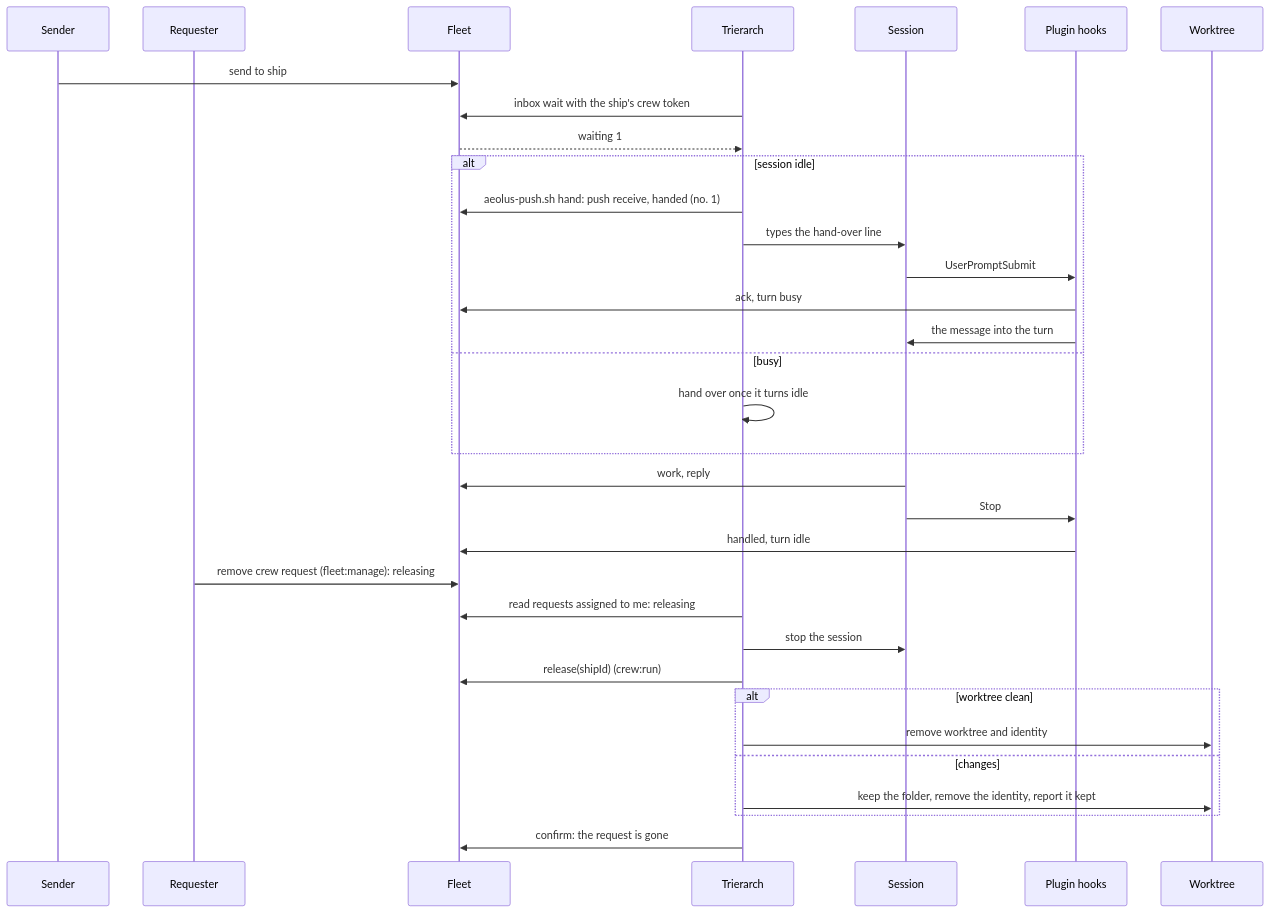
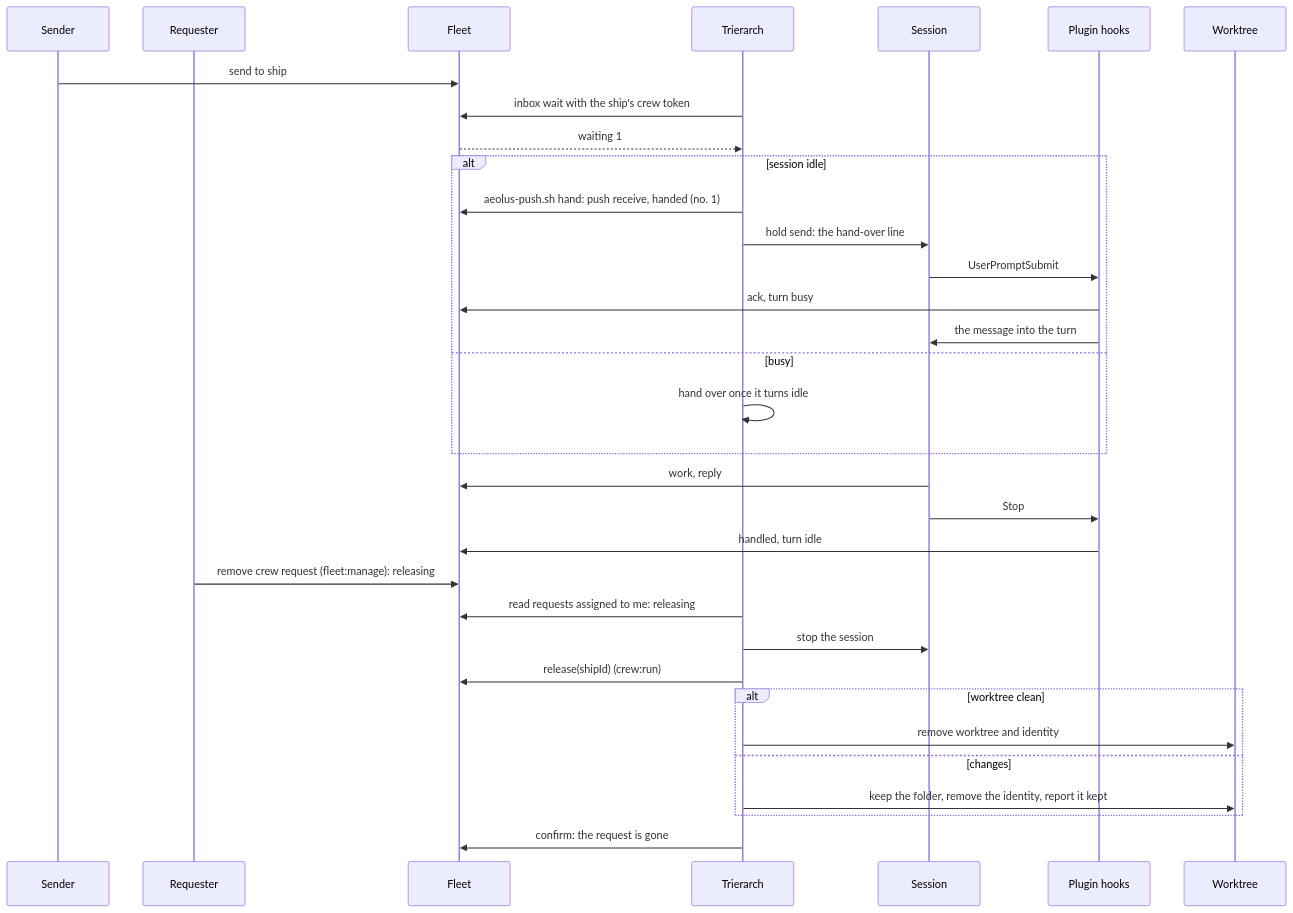
Before and after one commit to ThomasHendrickx/aeolus-fleet-trierarch: the fourth of 5 diagrams in docs/architecture.md, drawn with Mermaid. The commit also changed other lines of this file and 63 other files, not shown here.

````diff
--- a/docs/architecture.md
+++ b/docs/architecture.md
@@ -124,35 +125,35 @@
 ```mermaid
 sequenceDiagram
   participant S as Sender
   participant R as Requester
   participant F as Fleet
   participant T as Trierarch
   participant X as Session
   participant H as Plugin hooks
   participant W as Worktree
   S->>F: send to ship
   T->>F: inbox wait with the ship's crew token
   F-->>T: waiting 1
   alt session idle
     T->>F: aeolus-push.sh hand: push receive, handed (no. 1)
-    T->>X: types the hand-over line
+    T->>X: hold send: the hand-over line
     X->>H: UserPromptSubmit
     H->>F: ack, turn busy
     H->>X: the message into the turn
   else busy
     T->>T: hand over once it turns idle
   end
   X->>F: work, reply
   X->>H: Stop
   H->>F: handled, turn idle
   R->>F: remove crew request (fleet:manage): releasing
   T->>F: read requests assigned to me: releasing
   T->>X: stop the session
   T->>F: release(shipId) (crew:run)
   alt worktree clean
     T->>W: remove worktree and identity
   else changes
     T->>W: keep the folder, remove the identity, report it kept
   end
   T->>F: confirm: the request is gone
 ```
````
